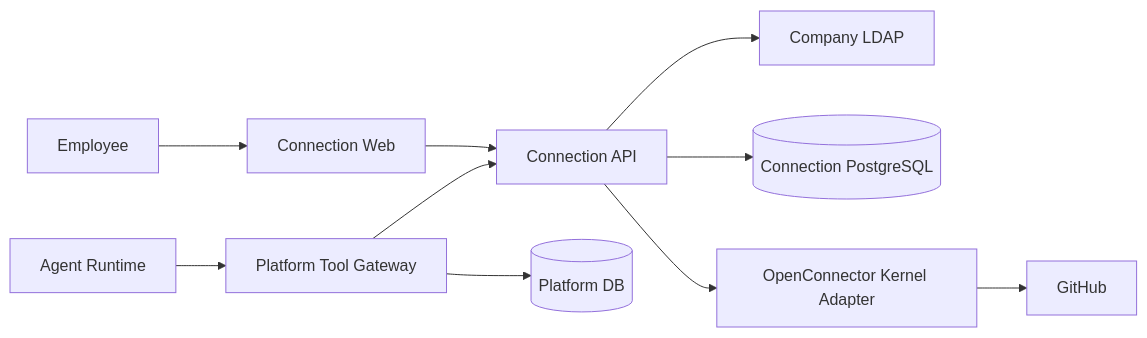
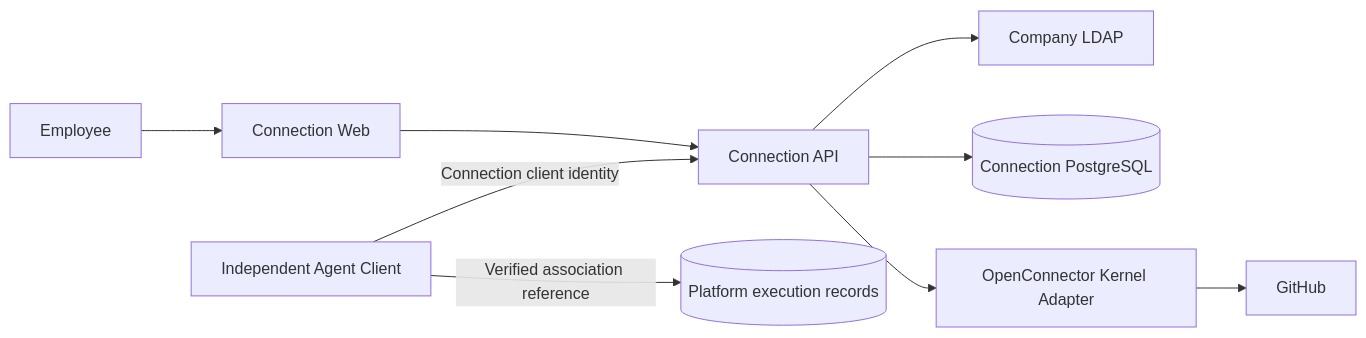
The diagram in docs/architecture/HLD-connection-M1.md (AgoraIO-Extensions/agent-infra), drawn with Mermaid before and after one commit. The commit also changed other lines of this file and 170 other files, not shown here.

Commit message:
feat(platform): build trusted Codex execution foundation

````diff
--- a/docs/architecture/HLD-connection-M1.md
+++ b/docs/architecture/HLD-connection-M1.md
@@ -49,13 +48,12 @@
 ```mermaid
 flowchart LR
     U[Employee] --> CW[Connection Web]
     CW --> CA[Connection API]
     CA --> LDAP[Company LDAP]
     CA --> CD[(Connection PostgreSQL)]
     CA --> K[OpenConnector Kernel Adapter]
     K --> GH[GitHub]
 
-    A[Agent Runtime] --> PTG[Platform Tool Gateway]
-    PTG --> CA
-    PTG --> PD[(Platform DB)]
+    A[Independent Agent Client] -->|Connection client identity| CA
+    A -->|Verified association reference| PD[(Platform execution records)]
 ```
````
